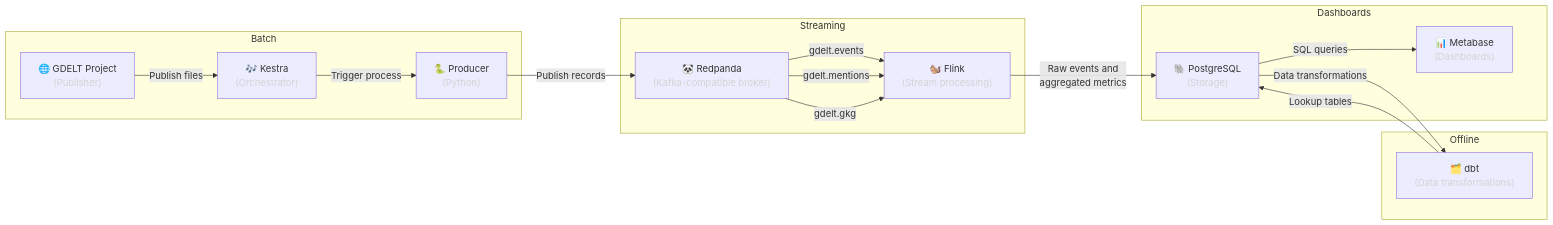
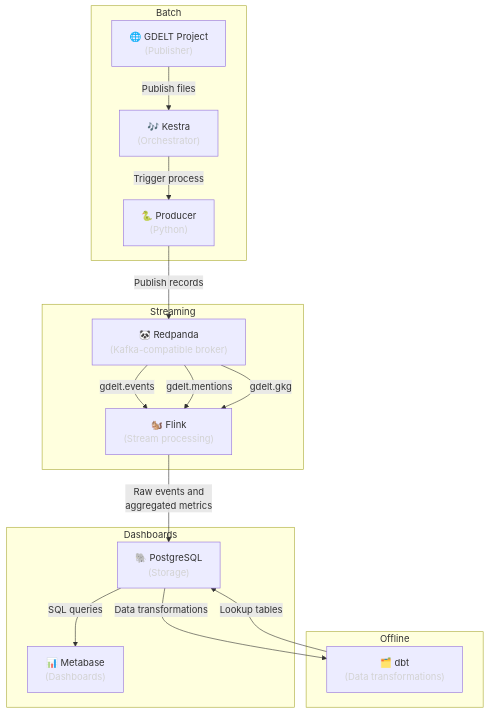
Before and after one commit to elcapo/data-engineering-zoomcamp: the diagram in proyecto-analisis-de-gdelt/README.md, drawn with Mermaid. The commit also changed other lines of this file and 10 other files, not shown here.

````diff
--- a/proyecto-analisis-de-gdelt/README.md
+++ b/proyecto-analisis-de-gdelt/README.md
@@ -29,36 +29,36 @@
 ```mermaid
-graph LR
+graph TB
     subgraph Batch
         GDELT["🌐 GDELT Project<br><span style="color: lightgray">(Publisher)</span>"]
         Kestra["🎶 Kestra<br><span style="color: lightgray">(Orchestrator)</span>"]
         Producer["🐍 Producer<br><span style="color: lightgray">(Python)</span>"]
     end
 
     subgraph Offline
         dbt["🗂️ dbt<br><span style="color: lightgray">(Data transformations)</span>"]
     end
 
     subgraph Streaming
         Redpanda["🐼 Redpanda<br><span style="color: lightgray">(Kafka-compatible broker)</span>"]
         Flink["🐿️ Flink<br><span style="color: lightgray">(Stream processing)</span>"]
     end
 
     subgraph Dashboards
         Postgres["🐘 PostgreSQL<br><span style="color: lightgray">(Storage)</span>"]
         Metabase["📊 Metabase<br><span style="color: lightgray">(Dashboards)</span>"]
     end
 
     GDELT -- "Publish files" --> Kestra
     Kestra -- "Trigger process" --> Producer
     Producer -- "Publish records" --> Redpanda
 
     Redpanda -- "gdelt.events" --> Flink
     Redpanda -- "gdelt.mentions" --> Flink
     Redpanda -- "gdelt.gkg" --> Flink
 
     Flink -- "Raw events and<br>aggregated metrics" --> Postgres
     dbt -- "Lookup tables" --> Postgres
     Postgres -- "Data transformations" --> dbt
 
     Postgres -- "SQL queries" --> Metabase
 ```
````
